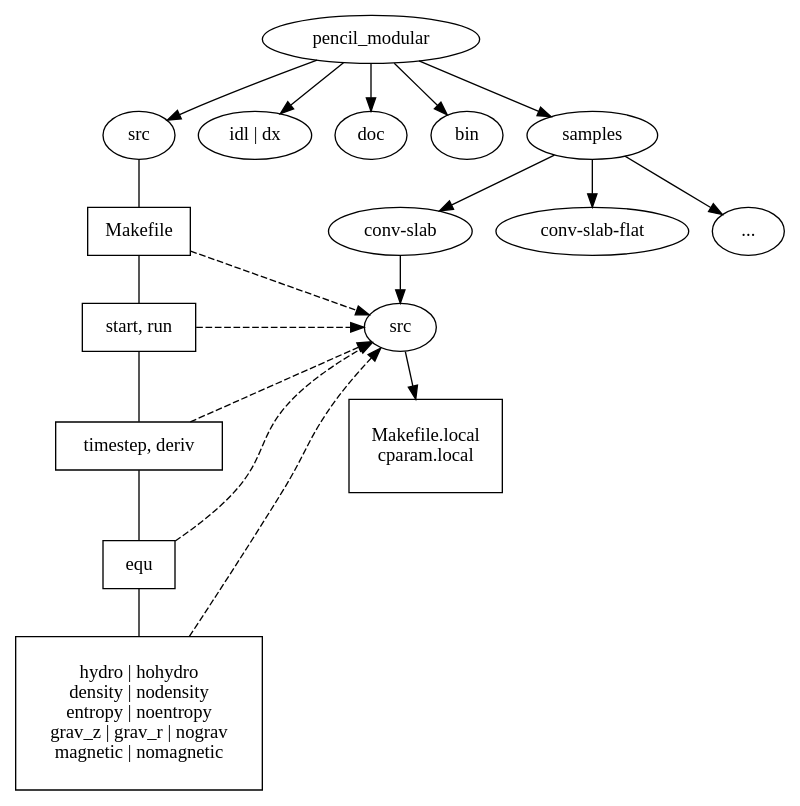
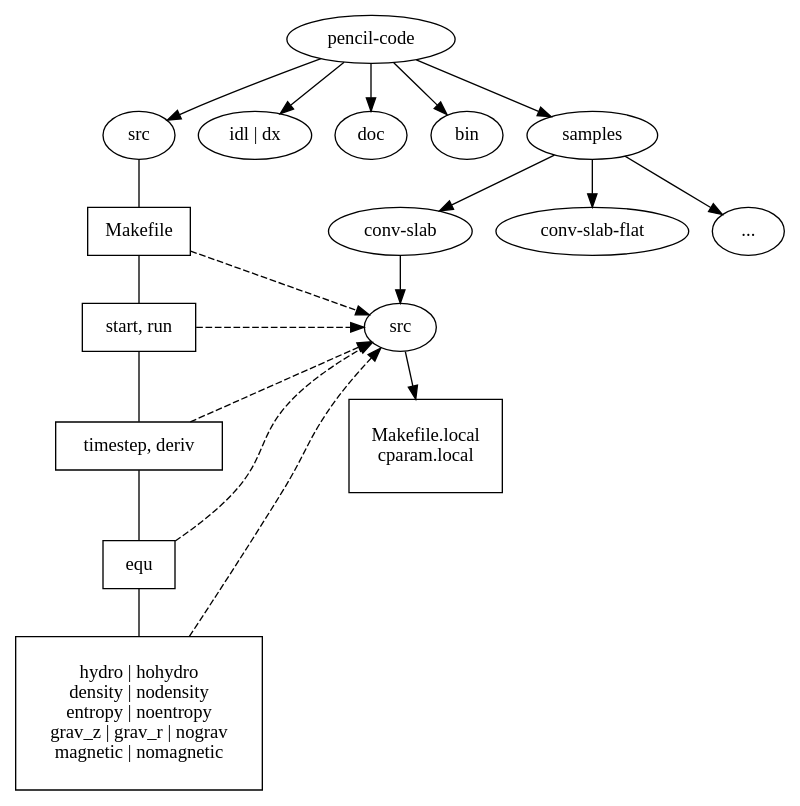
Before and after one commit to pencil-code/pencil-code: the diagram in doc/structure.dot, drawn with Graphviz. The commit also changed 2 other files, not shown here.

```diff
--- a/doc/structure.dot
+++ b/doc/structure.dot
@@ -1,71 +1,73 @@
 /*                               -*-c-*-
-   Mutual dependencies for the pencil_modular code.
+   Mutual dependencies for the pencil-code
    Run this through
      dot -Tps structure.dot -o struct.eps
    to obtain a PostScript graph.
    `dot' is part of AT&T's `graphviz' package.
  */
 
 digraph G {
 
   /* Top directory */
   node [shape=ellipse];
-  { pencil_modular }
+  { pencilcode}
+
+  pencilcode [ label="pencil-code"];
 
   /* */
   node [shape=ellipse];
   { rank=same; src; idl_dx; doc; bin; samples }
 
   idl_dx [label="idl | dx"];
 
-  pencil_modular -> src;
-  pencil_modular -> idl_dx;
-  pencil_modular -> bin;
-  pencil_modular -> doc;
-/*    pencil_modular -> runs; */
-  pencil_modular -> samples;
+  pencilcode -> src;
+  pencilcode -> idl_dx;
+  pencilcode -> bin;
+  pencilcode -> doc;
+/*    pencilcode -> runs; */
+  pencilcode -> samples;
 
 /*
   runs->gravz    ->entro1;
   runs->spher    ->spher1;
   runs->rings    ->rings1;
   runs->kinematic->abc;
 
   gravz->vconv1;
   spher->spher2;
 */
 
   samples->conv_slab;
   samples->conv_slab_flat;
   samples->dot_dot_dot;
   conv_slab      [shape=ellipse, label="conv-slab"];
   conv_slab_flat [shape=ellipse, label="conv-slab-flat"];
   dot_dot_dot    [shape=ellipse, label="..."];
 
   /* Switch default to boxed (for files) */
   node [shape=box];
   { Makefile; startrun; scheme; equ; physics; }
 
   startrun [label="start, run"];
   scheme   [label="timestep, deriv"];
   physics  [label="\nhydro | hohydro\ndensity | nodensity\nentropy | noentropy\ngrav_z | grav_r | nograv\nmagnetic | nomagnetic\n\n"];
 
   src->Makefile->startrun->scheme->equ->physics [dir=none,weight=5];
 
 
 /*    vconv1->src1[weight=5]; */
   conv_slab->src1[weight=5];
   src1 [shape=ellipse, label="src"];
   src1->src_local[weight=5];
   src_local[label="\nMakefile.local\ncparam.local\n\n"];
 
 
   /* Indicate links from src to runs/gravz/vconv1/src*/
   Makefile -> src1 [style=dashed];
   startrun -> src1 [style=dashed];
   scheme   -> src1 [style=dashed];
   equ      -> src1 [style=dashed];
   physics  -> src1 [style=dashed];
 
   { rank = same; startrun; src1 }
 }
```
